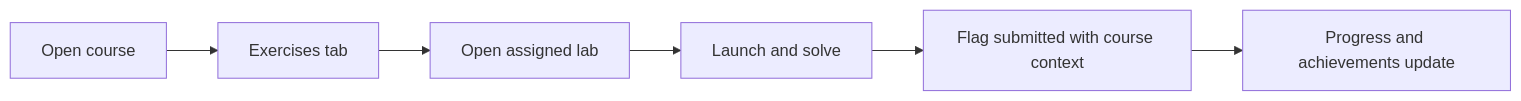
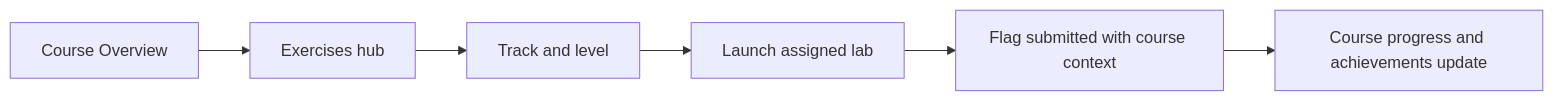
One commit to RobChaykoski/opencyberrange changed the diagram in Manual-Lite/02_Student_Guide/13_Course_Labs_and_Assignments.md. Above: the diagram before and after it, drawn with Mermaid. The commit also changed other lines of this file and 94 other files, not shown here.

````diff
--- a/Manual-Lite/02_Student_Guide/13_Course_Labs_and_Assignments.md
+++ b/Manual-Lite/02_Student_Guide/13_Course_Labs_and_Assignments.md
@@ -38,8 +47,8 @@
 ```mermaid
 flowchart LR
-    A[Open course] --> B[Exercises tab]
-    B --> C[Open assigned lab]
-    C --> D[Launch and solve]
+    A[Course Overview] --> B[Exercises hub]
+    B --> C[Track and level]
+    C --> D[Launch assigned lab]
     D --> E[Flag submitted with course context]
-    E --> F[Progress and achievements update]
+    E --> F[Course progress and achievements update]
 ```
````
